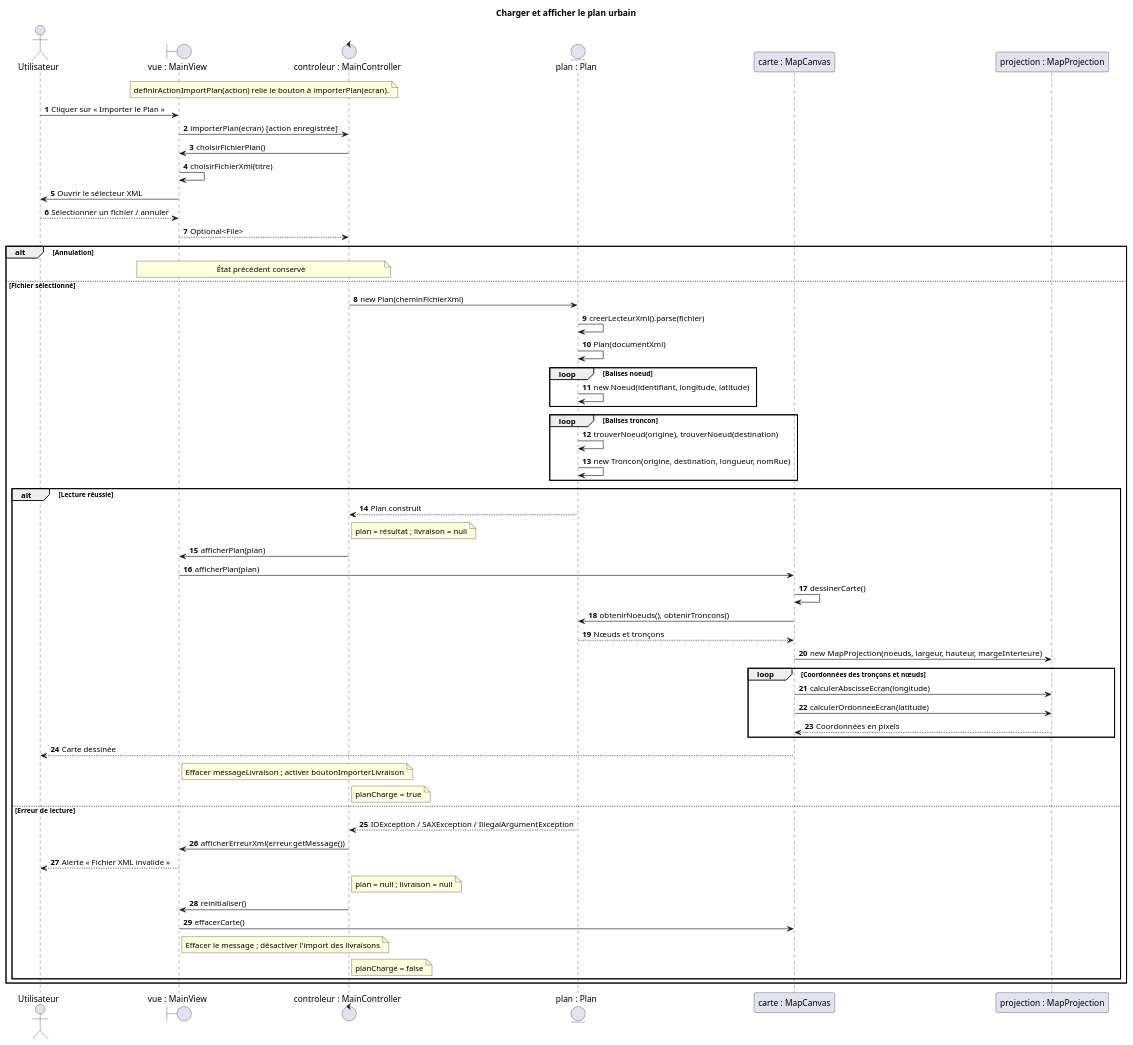
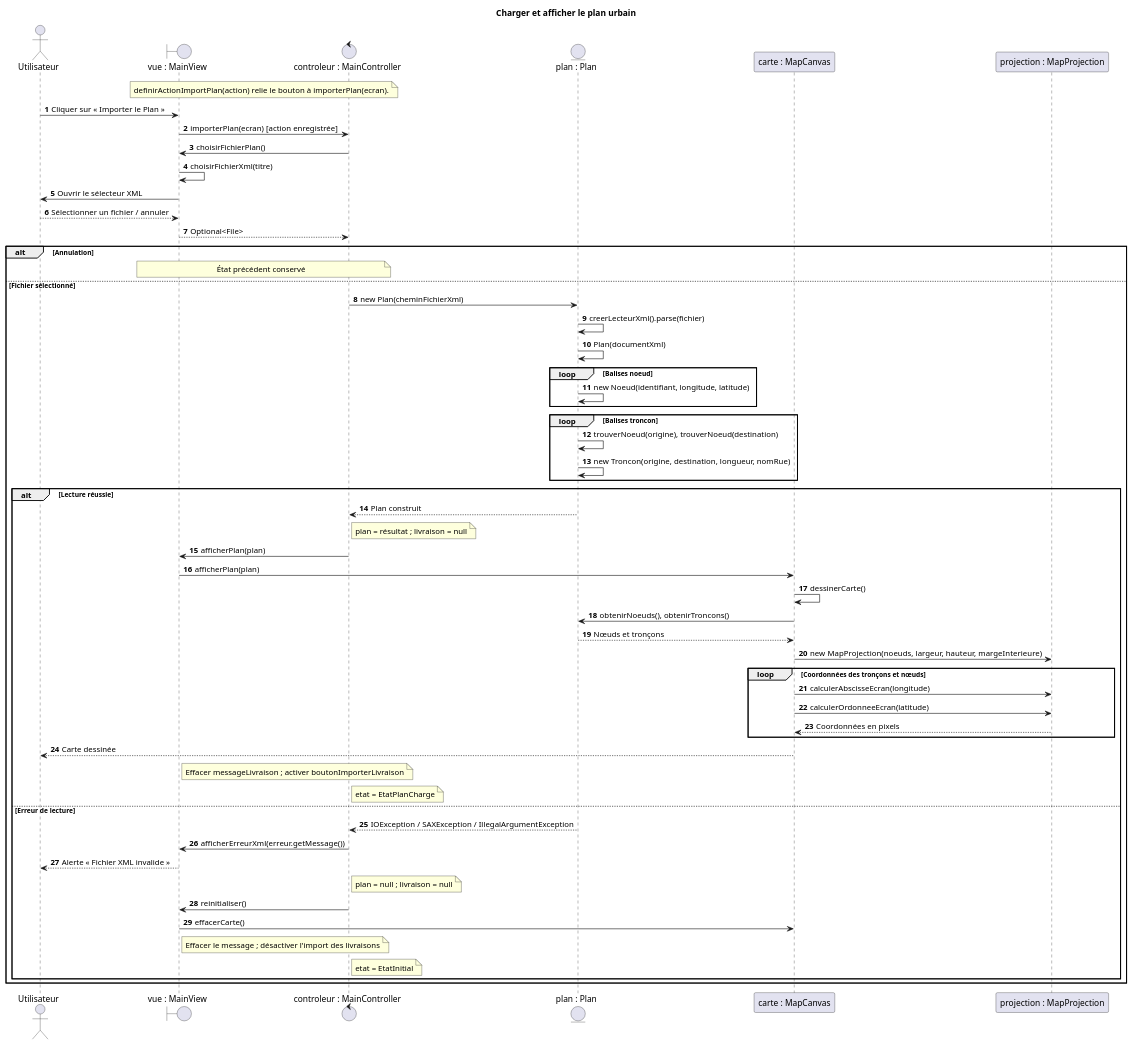
The diagram in docs/diagrams/sequence-chargement-plan.puml (tristanhp/Optimod-Lyon), drawn with PlantUML before and after one commit. The commit also changed 21 other files, not shown here.

```diff
--- a/docs/diagrams/sequence-chargement-plan.puml
+++ b/docs/diagrams/sequence-chargement-plan.puml
@@ -1,59 +1,59 @@
 @startuml sequence-chargement-plan
 title Charger et afficher le plan urbain
 autonumber
 actor Utilisateur as U
 boundary "vue : MainView" as V
 control "controleur : MainController" as C
 entity "plan : Plan" as P
 participant "carte : MapCanvas" as M
 participant "projection : MapProjection" as R
 note over V,C : definirActionImportPlan(action) relie le bouton à importerPlan(ecran).
 U -> V : Cliquer sur « Importer le Plan »
 V -> C : importerPlan(ecran) [action enregistrée]
 C -> V : choisirFichierPlan()
 V -> V : choisirFichierXml(titre)
 V -> U : Ouvrir le sélecteur XML
 U --> V : Sélectionner un fichier / annuler
 V --> C : Optional<File>
 alt Annulation
   note over V,C : État précédent conservé
 else Fichier sélectionné
   C -> P : new Plan(cheminFichierXml)
   P -> P : creerLecteurXml().parse(fichier)
   P -> P : Plan(documentXml)
   loop Balises noeud
     P -> P : new Noeud(identifiant, longitude, latitude)
   end
   loop Balises troncon
     P -> P : trouverNoeud(origine), trouverNoeud(destination)
     P -> P : new Troncon(origine, destination, longueur, nomRue)
   end
   alt Lecture réussie
     P --> C : Plan construit
     note right of C : plan = résultat ; livraison = null
     C -> V : afficherPlan(plan)
     V -> M : afficherPlan(plan)
     M -> M : dessinerCarte()
     M -> P : obtenirNoeuds(), obtenirTroncons()
     P --> M : Nœuds et tronçons
     M -> R : new MapProjection(noeuds, largeur, hauteur, margeInterieure)
     loop Coordonnées des tronçons et nœuds
       M -> R : calculerAbscisseEcran(longitude)
       M -> R : calculerOrdonneeEcran(latitude)
       R --> M : Coordonnées en pixels
     end
     M --> U : Carte dessinée
     note right of V : Effacer messageLivraison ; activer boutonImporterLivraison
-    note right of C : planCharge = true
+    note right of C : etat = EtatPlanCharge
   else Erreur de lecture
     P --> C : IOException / SAXException / IllegalArgumentException
     C -> V : afficherErreurXml(erreur.getMessage())
     V --> U : Alerte « Fichier XML invalide »
     note right of C : plan = null ; livraison = null
     C -> V : reinitialiser()
     V -> M : effacerCarte()
     note right of V : Effacer le message ; désactiver l'import des livraisons
-    note right of C : planCharge = false
+    note right of C : etat = EtatInitial
   end
 end
 @enduml
```
